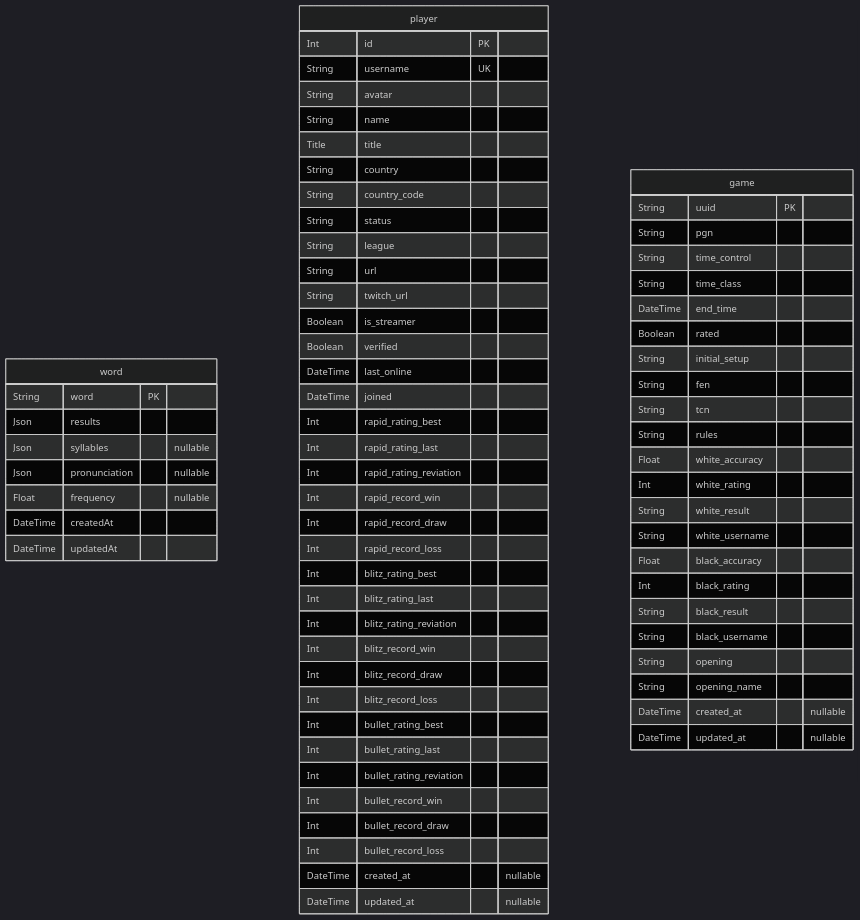
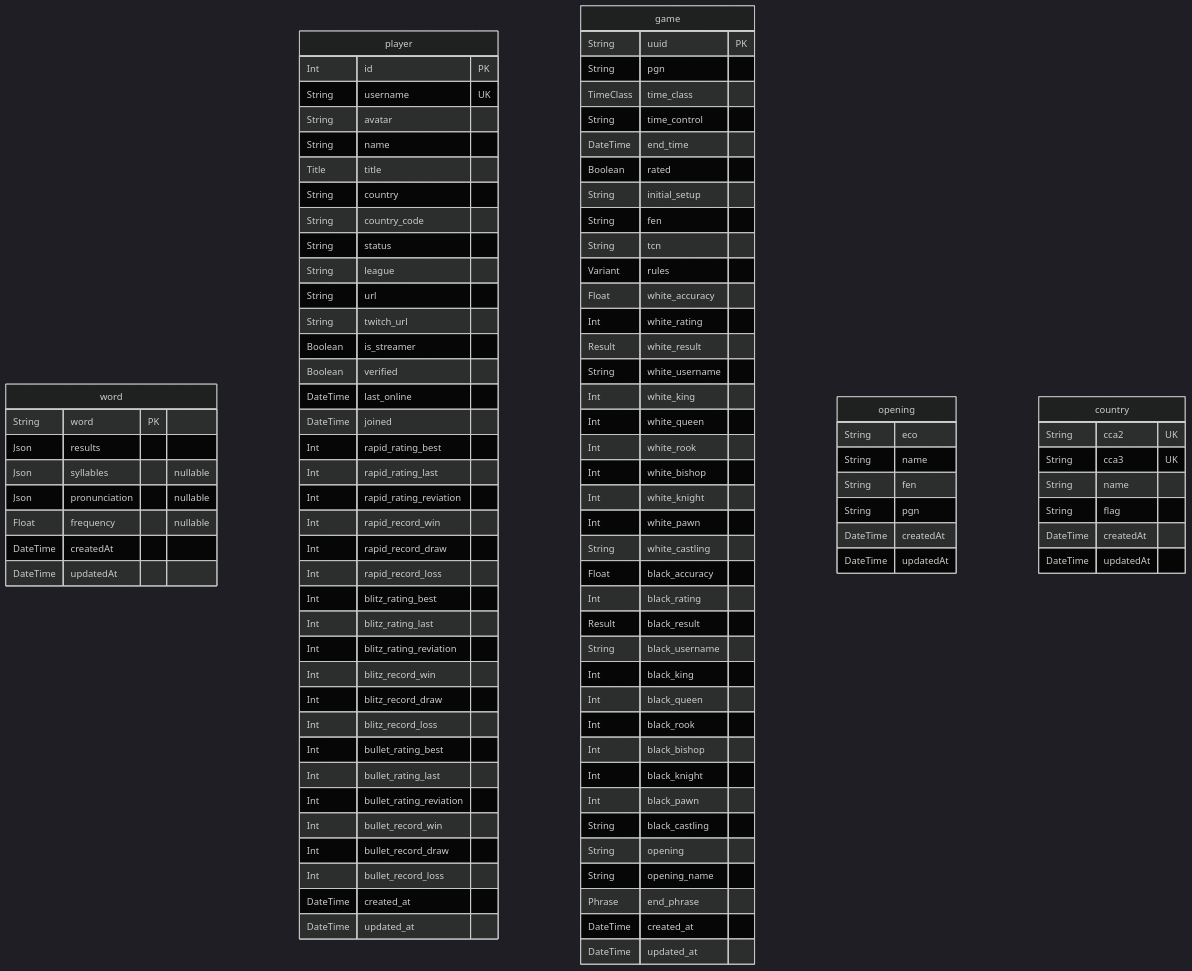
The diagram in typescript/apps/web/prisma/README.md (hieudoanm/hieudoanm.github.io), drawn with Mermaid (dark theme) before and after one commit. The commit also changed other lines of this file and 69 other files, not shown here.

````diff
--- a/typescript/apps/web/prisma/README.md
+++ b/typescript/apps/web/prisma/README.md
@@ -51,31 +51,62 @@
   Int bullet_record_win
   Int bullet_record_draw
   Int bullet_record_loss
-  DateTime created_at "nullable"
-  DateTime updated_at "nullable"
+  DateTime created_at
+  DateTime updated_at
 }
 "game" {
   String uuid PK
   String pgn
+  TimeClass time_class
   String time_control
-  String time_class
   DateTime end_time
   Boolean rated
   String initial_setup
   String fen
   String tcn
-  String rules
+  Variant rules
   Float white_accuracy
   Int white_rating
-  String white_result
+  Result white_result
   String white_username
+  Int white_king
+  Int white_queen
+  Int white_rook
+  Int white_bishop
+  Int white_knight
+  Int white_pawn
+  String white_castling
   Float black_accuracy
   Int black_rating
-  String black_result
+  Result black_result
   String black_username
+  Int black_king
+  Int black_queen
+  Int black_rook
+  Int black_bishop
+  Int black_knight
+  Int black_pawn
+  String black_castling
   String opening
   String opening_name
-  DateTime created_at "nullable"
-  DateTime updated_at "nullable"
+  Phrase end_phrase
+  DateTime created_at
+  DateTime updated_at
+}
+"opening" {
+  String eco
+  String name
+  String fen
+  String pgn
+  DateTime createdAt
+  DateTime updatedAt
+}
+"country" {
+  String cca2 UK
+  String cca3 UK
+  String name
+  String flag
+  DateTime createdAt
+  DateTime updatedAt
 }
 ```
````
